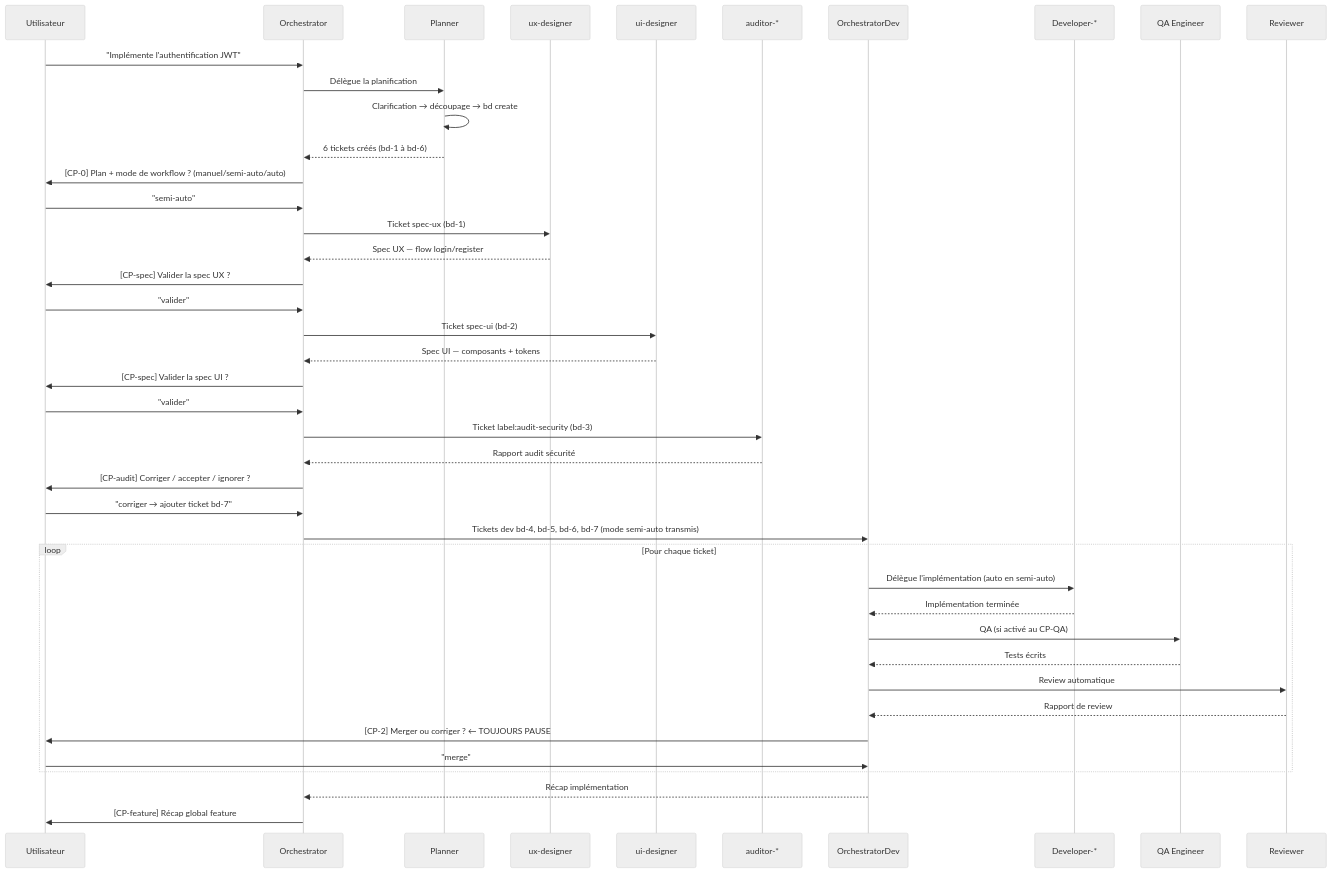
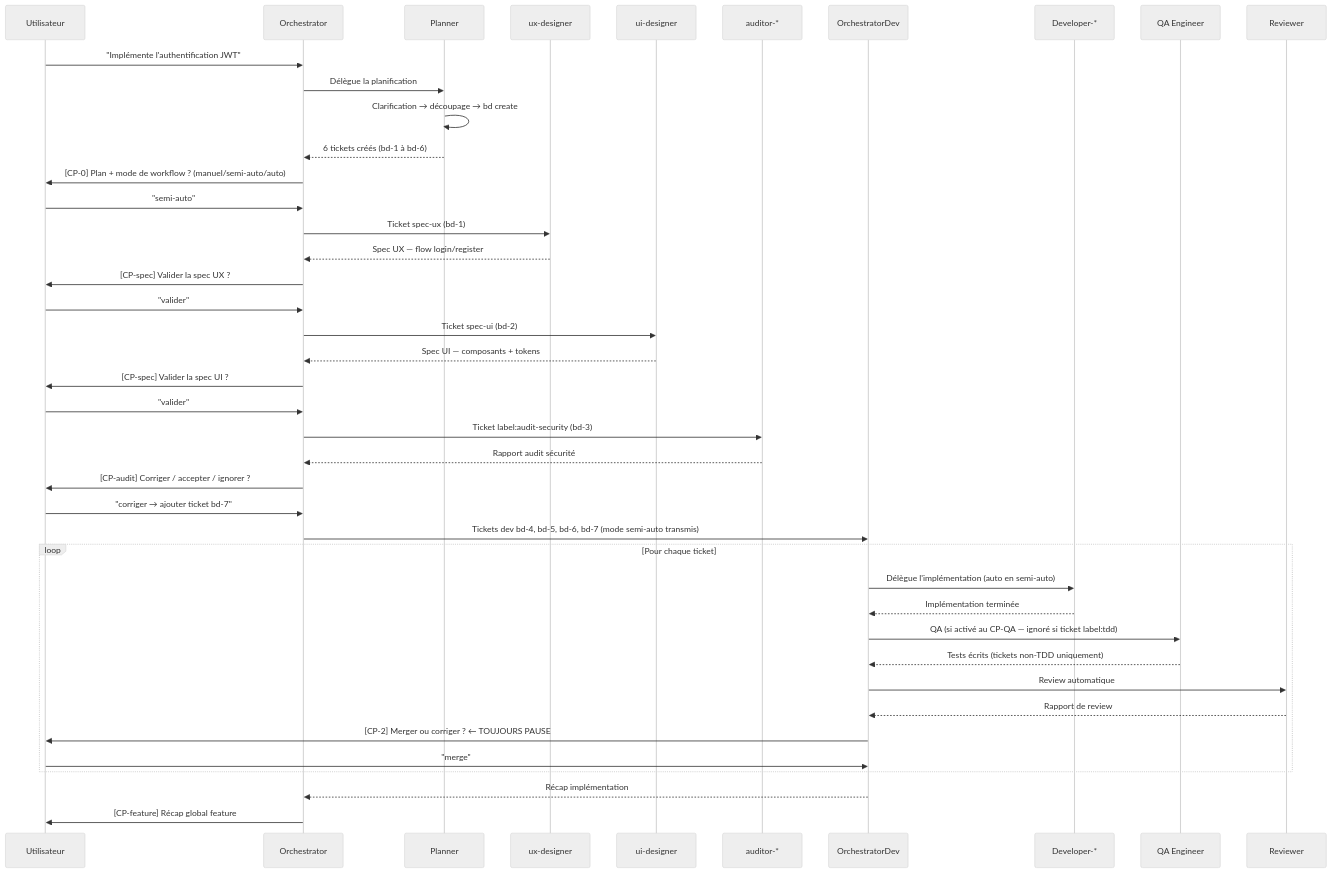
The first of 5 diagrams in docs/guides/workflows.md (datichb/opencode-hub), drawn with Mermaid (neutral theme) before and after one commit. The commit also changed other lines of this file and 5 other files, not shown here.

First line of the commit message:
feat(tdd): support natif du TDD via label de ticket Beads

````diff
--- a/docs/guides/workflows.md
+++ b/docs/guides/workflows.md
@@ -37,50 +37,50 @@
 ```mermaid
 sequenceDiagram
     participant U as Utilisateur
     participant O as Orchestrator
     participant PL as Planner
     participant UX as ux-designer
     participant UI as ui-designer
     participant AU as auditor-*
     participant OD as OrchestratorDev
     participant DEV as Developer-*
     participant QA as QA Engineer
     participant R as Reviewer
 
     U->>O: "Implémente l'authentification JWT"
     O->>PL: Délègue la planification
     PL->>PL: Clarification → découpage → bd create
     PL-->>O: 6 tickets créés (bd-1 à bd-6)
     O->>U: [CP-0] Plan + mode de workflow ? (manuel/semi-auto/auto)
     U->>O: "semi-auto"
 
     O->>UX: Ticket spec-ux (bd-1)
     UX-->>O: Spec UX — flow login/register
     O->>U: [CP-spec] Valider la spec UX ?
     U->>O: "valider"
 
     O->>UI: Ticket spec-ui (bd-2)
     UI-->>O: Spec UI — composants + tokens
     O->>U: [CP-spec] Valider la spec UI ?
     U->>O: "valider"
 
     O->>AU: Ticket label:audit-security (bd-3)
     AU-->>O: Rapport audit sécurité
     O->>U: [CP-audit] Corriger / accepter / ignorer ?
     U->>O: "corriger → ajouter ticket bd-7"
 
     O->>OD: Tickets dev bd-4, bd-5, bd-6, bd-7 (mode semi-auto transmis)
     loop Pour chaque ticket
         OD->>DEV: Délègue l'implémentation (auto en semi-auto)
         DEV-->>OD: Implémentation terminée
-        OD->>QA: QA (si activé au CP-QA)
-        QA-->>OD: Tests écrits
+        OD->>QA: QA (si activé au CP-QA — ignoré si ticket label:tdd)
+        QA-->>OD: Tests écrits (tickets non-TDD uniquement)
         OD->>R: Review automatique
         R-->>OD: Rapport de review
         OD->>U: [CP-2] Merger ou corriger ? ← TOUJOURS PAUSE
         U->>OD: "merge"
     end
     OD-->>O: Récap implémentation
 
     O->>U: [CP-feature] Récap global feature
 ```
````
